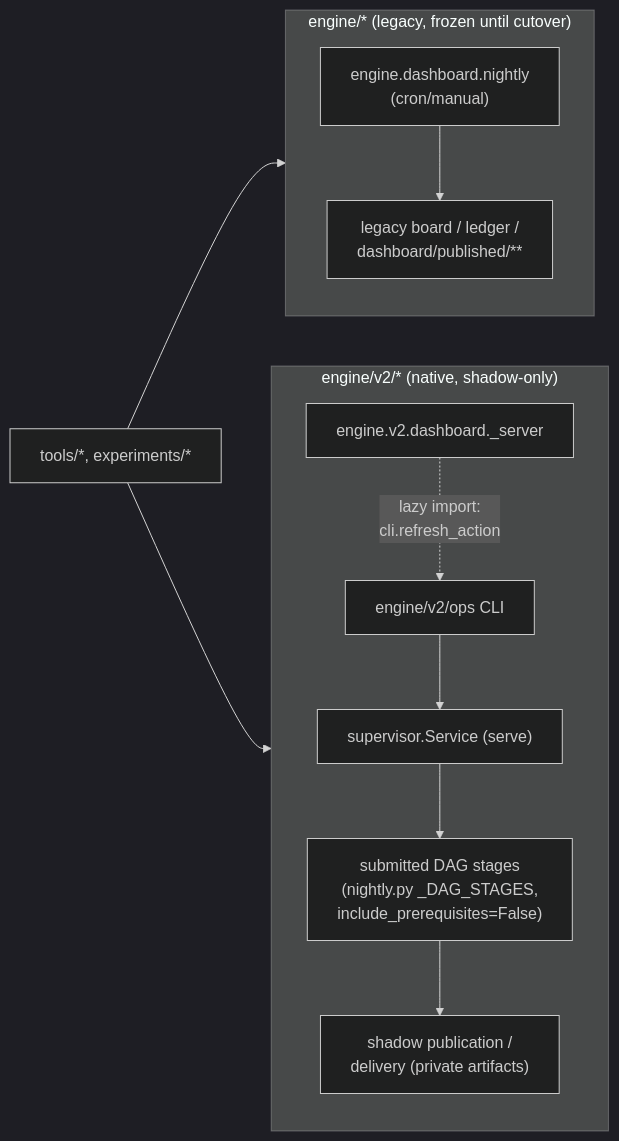
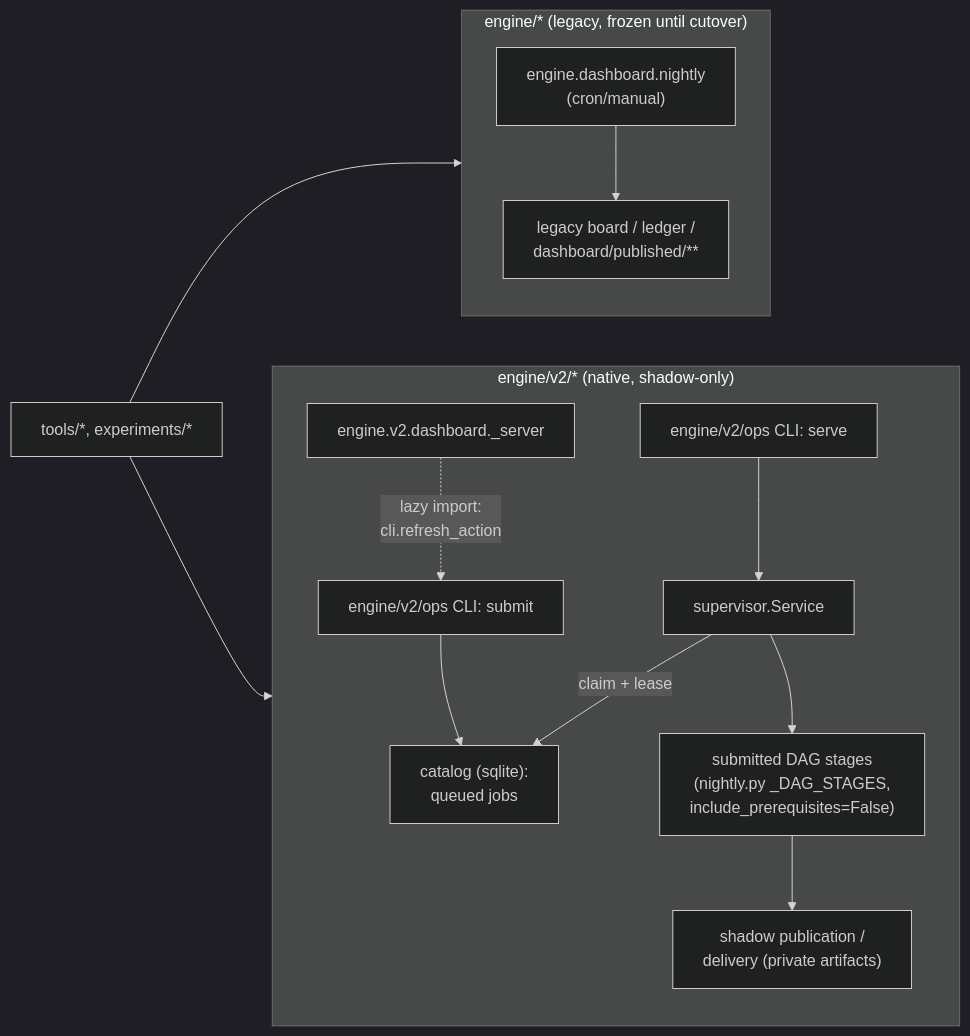
One commit to yshewchuk/investment-validation changed the diagram in ARCHITECTURE.md. Above: the diagram before and after it, drawn with Mermaid (dark theme). The commit also changed 2 other files, not shown here.

Commit message:
Fix round-7 CodeRabbit findings: --ops-root callback exception, submit/serve diagram split
- engine/v2/dashboard/ARCHITECTURE.md: --ops-root is not passed straight
  through to create_server like the other optional roots; _server.py's
  _refresh_callback converts it to a bound submit_refresh callable, or to
  None when absent, before create_server ever sees it.
- engine/v2/ops/ARCHITECTURE.md and root ARCHITECTURE.md: the CLI->catalog
  diagrams collapsed job submission (submit()/submit_graph(), which only
  inserts a queued/blocked row) with the separately running supervisor's
  claim_next lease acquisition and worker launch. Split both diagrams so
  ops submit and ops serve are distinct paths meeting at queued jobs.

Claude-Session: https://claude.ai/code/session_01TptiepsaZ1rHtLGRWsekKG

````diff
--- a/ARCHITECTURE.md
+++ b/ARCHITECTURE.md
@@ -240,14 +240,16 @@
 ```mermaid
 flowchart LR
     subgraph Legacy["engine/* (legacy, frozen until cutover)"]
         LN["engine.dashboard.nightly<br/>(cron/manual)"] --> LB["legacy board / ledger /<br/>dashboard/published/**"]
     end
     subgraph V2["engine/v2/* (native, shadow-only)"]
-        CLI["engine/v2/ops CLI"] --> SUP["supervisor.Service (serve)"]
+        SUBMIT["engine/v2/ops CLI: submit"] --> QUEUE["catalog (sqlite):<br/>queued jobs"]
+        SERVE["engine/v2/ops CLI: serve"] --> SUP["supervisor.Service"]
+        SUP -- "claim + lease" --> QUEUE
         SUP --> DAG["submitted DAG stages<br/>(nightly.py _DAG_STAGES,<br/>include_prerequisites=False)"]
         DAG --> PUB["shadow publication /<br/>delivery (private artifacts)"]
-        DASH["engine.v2.dashboard._server"] -. "lazy import:<br/>cli.refresh_action" .-> CLI
+        DASH["engine.v2.dashboard._server"] -. "lazy import:<br/>cli.refresh_action" .-> SUBMIT
     end
     Tools["tools/*, experiments/*"] --> Legacy
     Tools --> V2
 ```
````
